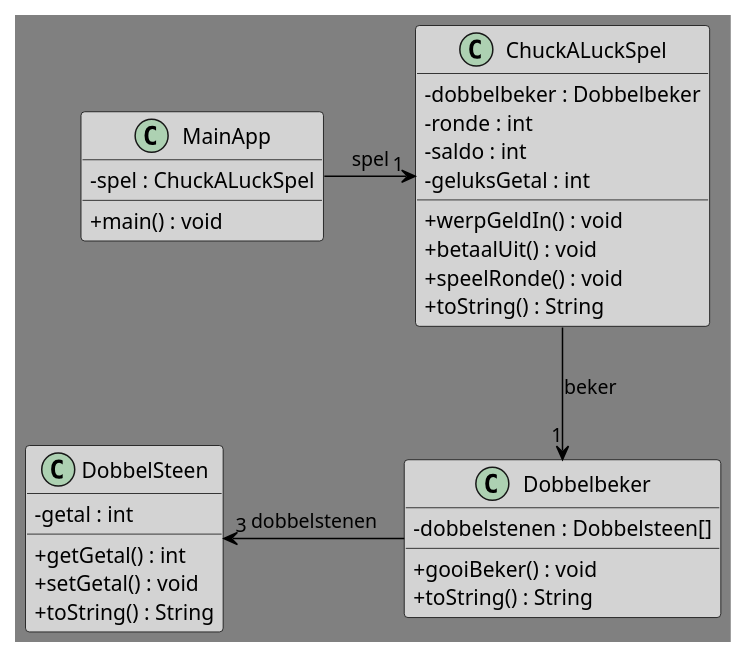
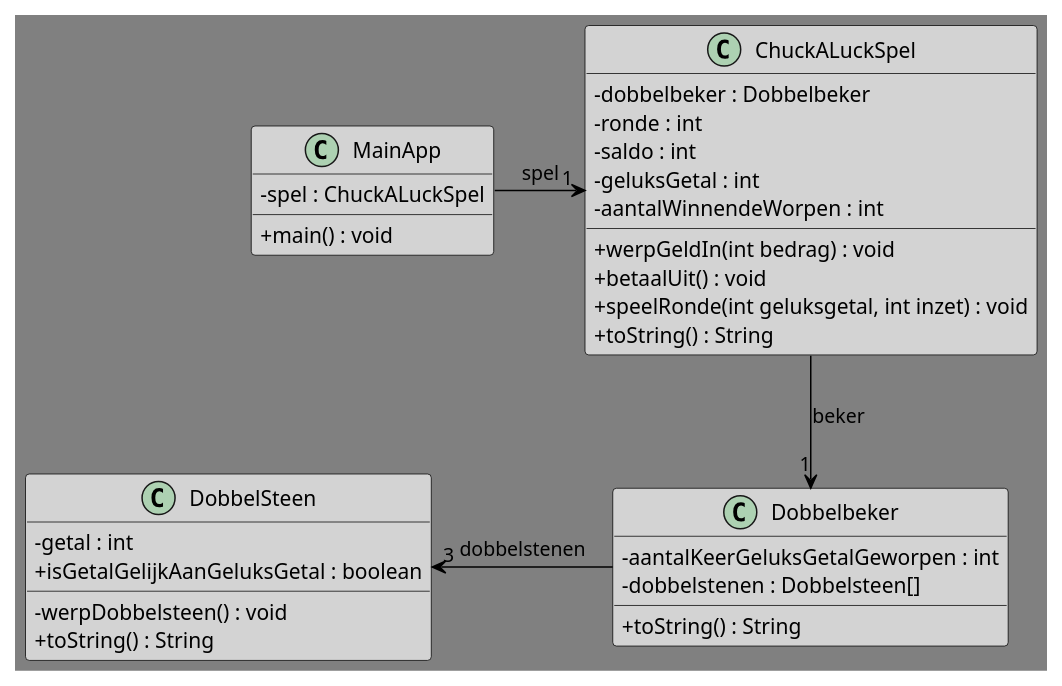
Before and after one commit to daniel1890/OOPD-Opgaves: the diagram in src/week3/opgave72chuckaluck/ChuckALuckClassDiagram.puml, drawn with PlantUML.

Commit message:
UML diagram voor opgave 7.2 chuckaluck is klaar

```diff
--- a/src/week3/opgave72chuckaluck/ChuckALuckClassDiagram.puml
+++ b/src/week3/opgave72chuckaluck/ChuckALuckClassDiagram.puml
@@ -1,47 +1,48 @@
 @startuml
 'https://plantuml.com/class-diagram
 
 skinparam class {
 BackgroundColor LightGrey
 ArrowColor Black
 BorderColor Black
 BackgroundColor<<Foo>> DarkGrey
 }
 skinparam classAttributeIconSize 0
 skinparam backgroundcolor Gray
 skinparam stereotypeCBackgroundColor YellowGreen
 
 class MainApp {
 -spel : ChuckALuckSpel
 +main() : void
 }
 
 class ChuckALuckSpel {
 -dobbelbeker : Dobbelbeker
 -ronde : int
 -saldo : int
 -geluksGetal : int
-+werpGeldIn() : void
+-aantalWinnendeWorpen : int
++werpGeldIn(int bedrag) : void
 +betaalUit() : void
-+speelRonde() : void
++speelRonde(int geluksgetal, int inzet) : void
 +toString() : String
 }
 
 class Dobbelbeker {
+-aantalKeerGeluksGetalGeworpen : int
 -dobbelstenen : Dobbelsteen[]
-+gooiBeker() : void
 +toString() : String
 }
 
 class DobbelSteen {
 -getal : int
-+getGetal() : int
-+setGetal() : void
+-werpDobbelsteen() : void
++isGetalGelijkAanGeluksGetal : boolean
 +toString() : String
 }
 
 MainApp -right-> "1" ChuckALuckSpel : spel
 ChuckALuckSpel -down-> "1" Dobbelbeker : beker
 Dobbelbeker -left-> "3" DobbelSteen : dobbelstenen
 
 @enduml
```
